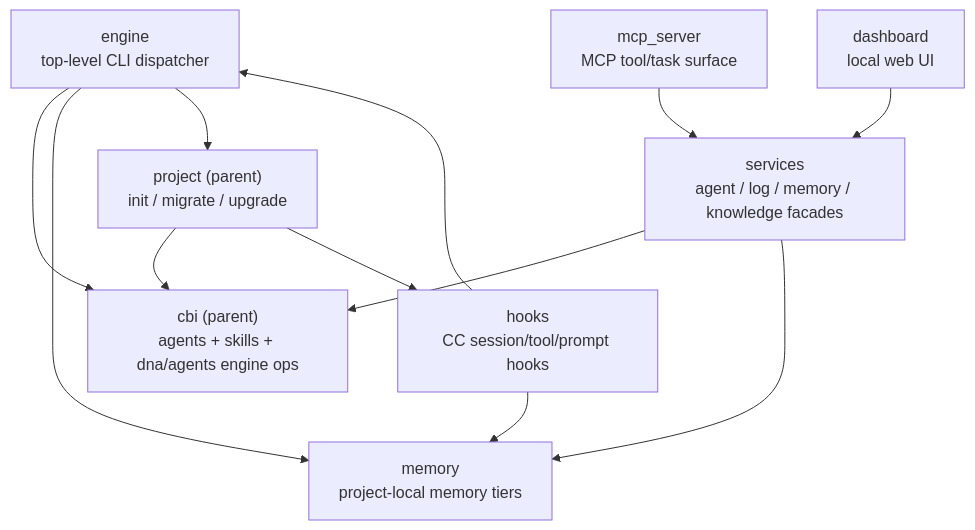
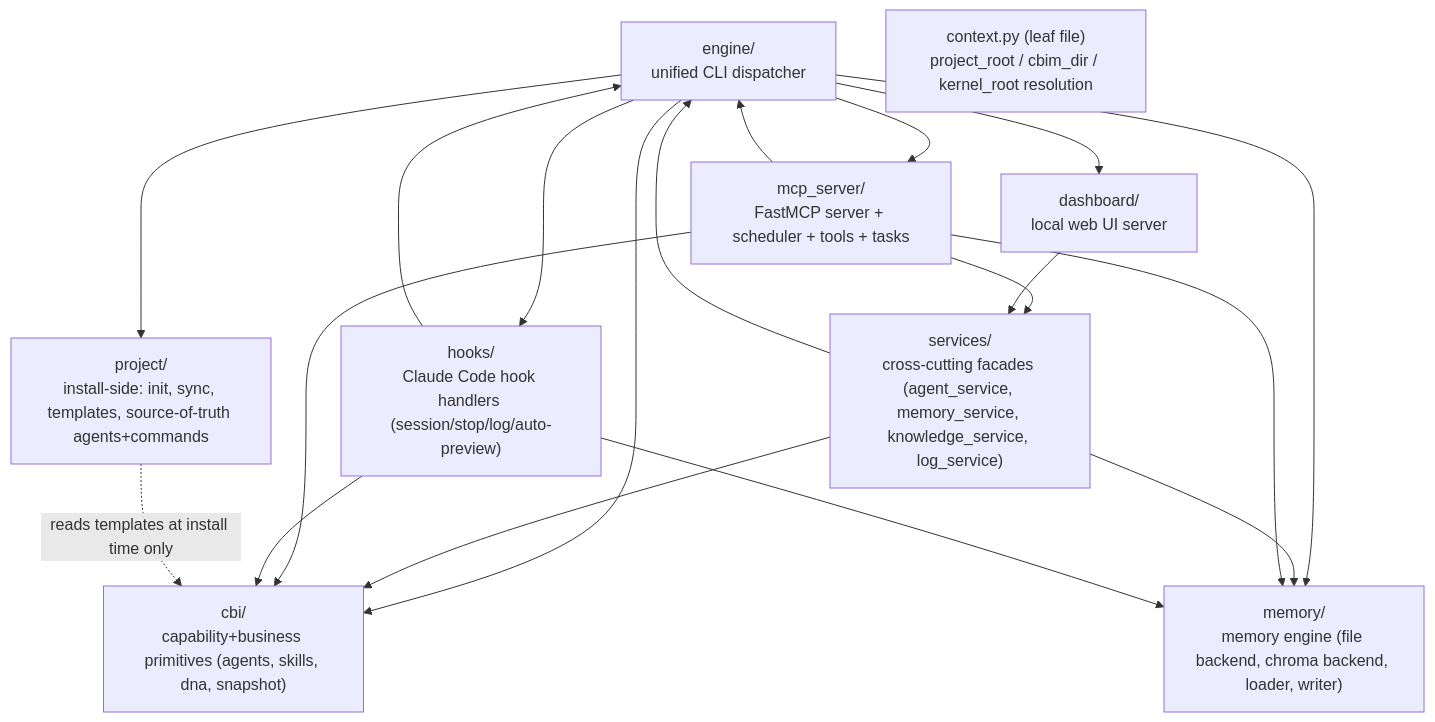
The diagram in v1/src/kernel/.dna/module.md (nan023062/agent-team-cc), drawn with Mermaid before and after one commit. The commit also changed other lines of this file and 3 other files, not shown here.

First line of the commit message:
refactor(v1): DNA design refresh for kernel/project/engine/hooks (Round 3a)

````diff
--- a/v1/src/kernel/.dna/module.md
+++ b/v1/src/kernel/.dna/module.md
@@ -14,23 +17,31 @@
 ```mermaid
 graph TD
-    engine["engine<br/>top-level CLI dispatcher"]
-    cbi["cbi (parent)<br/>agents + skills + dna/agents engine ops"]
-    memory["memory<br/>project-local memory tiers"]
-    project["project (parent)<br/>init / migrate / upgrade"]
-    hooks["hooks<br/>CC session/tool/prompt hooks"]
-    services["services<br/>agent / log / memory / knowledge facades"]
-    mcp["mcp_server<br/>MCP tool/task surface"]
-    dashboard["dashboard<br/>local web UI"]
+    engine["engine/<br/>unified CLI dispatcher"]
+    project["project/<br/>install-side: init, sync, templates, source-of-truth agents+commands"]
+    cbi["cbi/<br/>capability+business primitives (agents, skills, dna, snapshot)"]
+    memory["memory/<br/>memory engine (file backend, chroma backend, loader, writer)"]
+    hooks["hooks/<br/>Claude Code hook handlers (session/stop/log/auto-preview)"]
+    services["services/<br/>cross-cutting facades (agent_service, memory_service, knowledge_service, log_service)"]
+    dashboard["dashboard/<br/>local web UI server"]
+    mcp["mcp_server/<br/>FastMCP server + scheduler + tools + tasks"]
+    ctx["context.py (leaf file)<br/>project_root / cbim_dir / kernel_root resolution"]
 
+    engine --> project
     engine --> cbi
     engine --> memory
-    engine --> project
-    hooks --> memory
-    hooks --> engine
-    mcp --> services
-    dashboard --> services
+    engine --> hooks
+    engine --> dashboard
+    engine --> mcp
     services --> cbi
     services --> memory
-    project --> cbi
-    project --> hooks
+    services --> engine
+    mcp --> services
+    mcp --> cbi
+    mcp --> memory
+    mcp --> engine
+    dashboard --> services
+    hooks --> memory
+    hooks --> cbi
+    hooks --> engine
+    project -.->|reads templates at install time only| cbi
 ```
````
